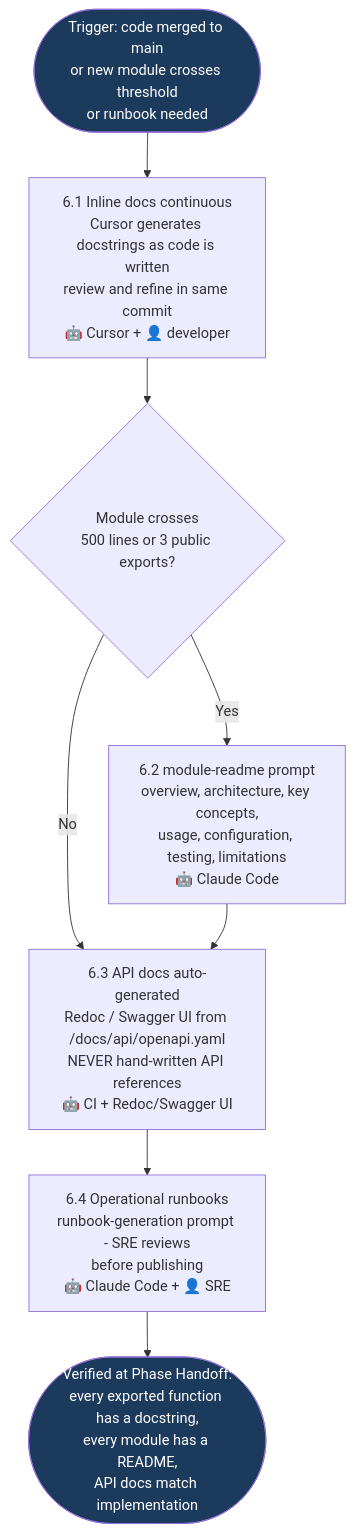
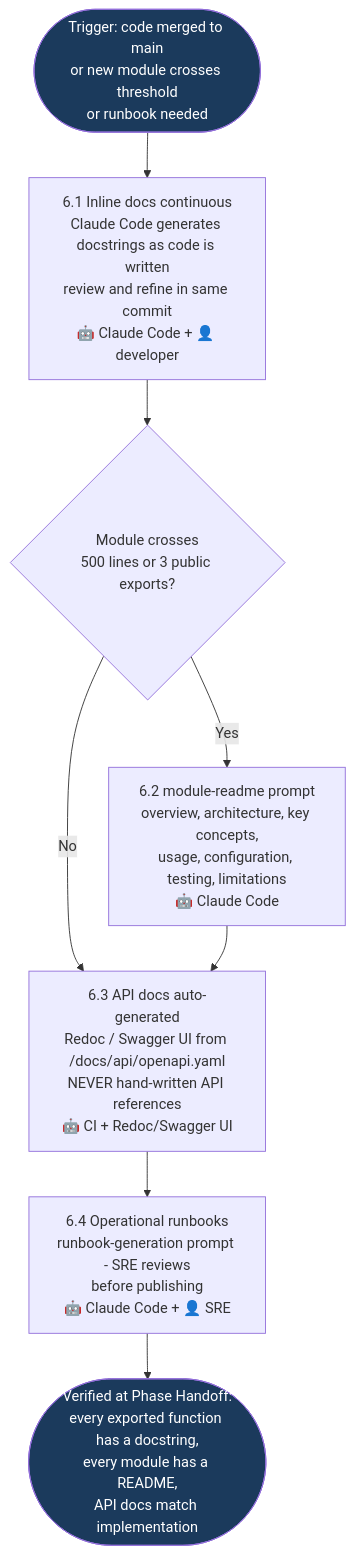
Before and after one commit to kalpat-allion/ai-dlc: the seventh of 8 diagrams in aidlc-phases/03-development/FLOWCHART.md, drawn with Mermaid. The commit also changed other lines of this file and 16 other files, not shown here.

````diff
--- a/aidlc-phases/03-development/FLOWCHART.md
+++ b/aidlc-phases/03-development/FLOWCHART.md
@@ -310,17 +304,17 @@
 ```mermaid
 flowchart TD
     DOC_IN([Trigger: code merged to main<br/>or new module crosses threshold<br/>or runbook needed]) --> DOC1
 
-    DOC1[6.1 Inline docs continuous<br/>Cursor generates docstrings as code is written<br/>review and refine in same commit<br/>🤖 Cursor + 👤 developer] --> DOC_CHECK
+    DOC1[6.1 Inline docs continuous<br/>Claude Code generates docstrings as code is written<br/>review and refine in same commit<br/>🤖 Claude Code + 👤 developer] --> DOC_CHECK
 
     DOC_CHECK{Module crosses<br/>500 lines or 3 public exports?}
     DOC_CHECK -- Yes --> DOC2[6.2 module-readme prompt<br/>overview, architecture, key concepts,<br/>usage, configuration, testing, limitations<br/>🤖 Claude Code]
     DOC_CHECK -- No --> DOC3
     DOC2 --> DOC3
 
     DOC3[6.3 API docs auto-generated<br/>Redoc / Swagger UI from /docs/api/openapi.yaml<br/>NEVER hand-written API references<br/>🤖 CI + Redoc/Swagger UI] --> DOC4
     DOC4[6.4 Operational runbooks<br/>runbook-generation prompt - SRE reviews<br/>before publishing<br/>🤖 Claude Code + 👤 SRE] --> DOC_OUT([Verified at Phase Handoff:<br/>every exported function has a docstring,<br/>every module has a README,<br/>API docs match implementation])
 
     style DOC_IN fill:#1B3A5C,color:#fff
     style DOC_OUT fill:#1B3A5C,color:#fff
 ```
````
